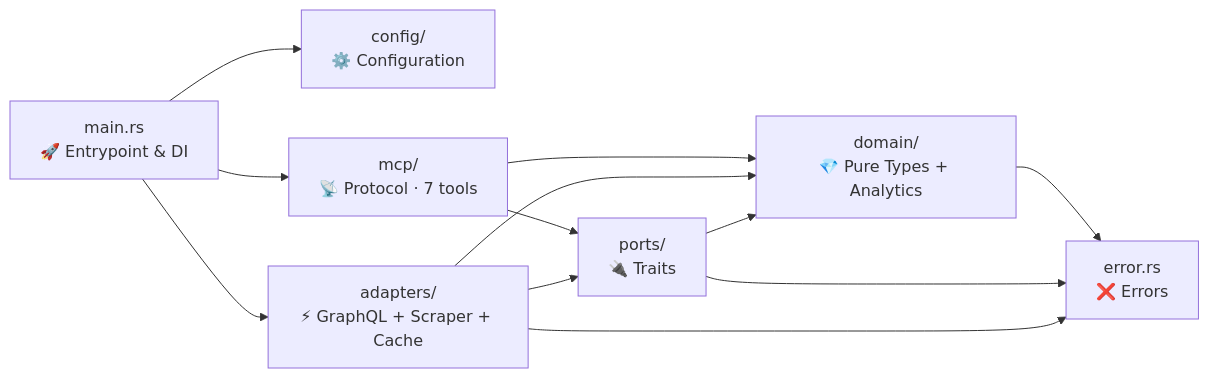
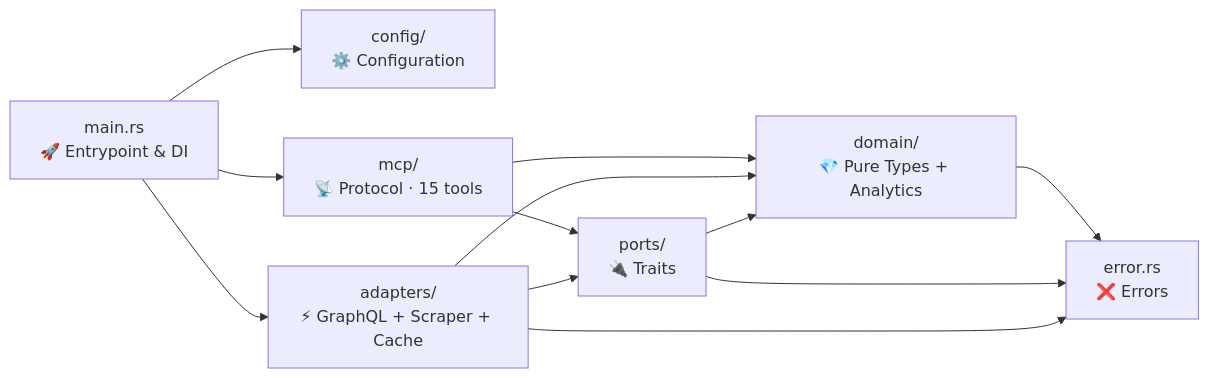
Before and after one commit to muchiny/mcp-airbnb: the diagram in src/README.md, drawn with Mermaid. The commit also changed other lines of this file and 43 other files, not shown here.

````diff
--- a/src/README.md
+++ b/src/README.md
@@ -7,22 +7,22 @@
 ```mermaid
 graph LR
     main["main.rs<br/>🚀 Entrypoint & DI"] --> config
     main --> mcp
     main --> adapters
 
-    mcp["mcp/<br/>📡 Protocol · 7 tools"] --> ports
+    mcp["mcp/<br/>📡 Protocol · 15 tools"] --> ports
     mcp --> domain
 
     adapters["adapters/<br/>⚡ GraphQL + Scraper + Cache"] --> ports
     adapters --> domain
 
     ports["ports/<br/>🔌 Traits"] --> domain
 
     config["config/<br/>⚙️ Configuration"]
     domain["domain/<br/>💎 Pure Types + Analytics"]
     error["error.rs<br/>❌ Errors"]
 
     domain --> error
     ports --> error
     adapters --> error
 ```
````
